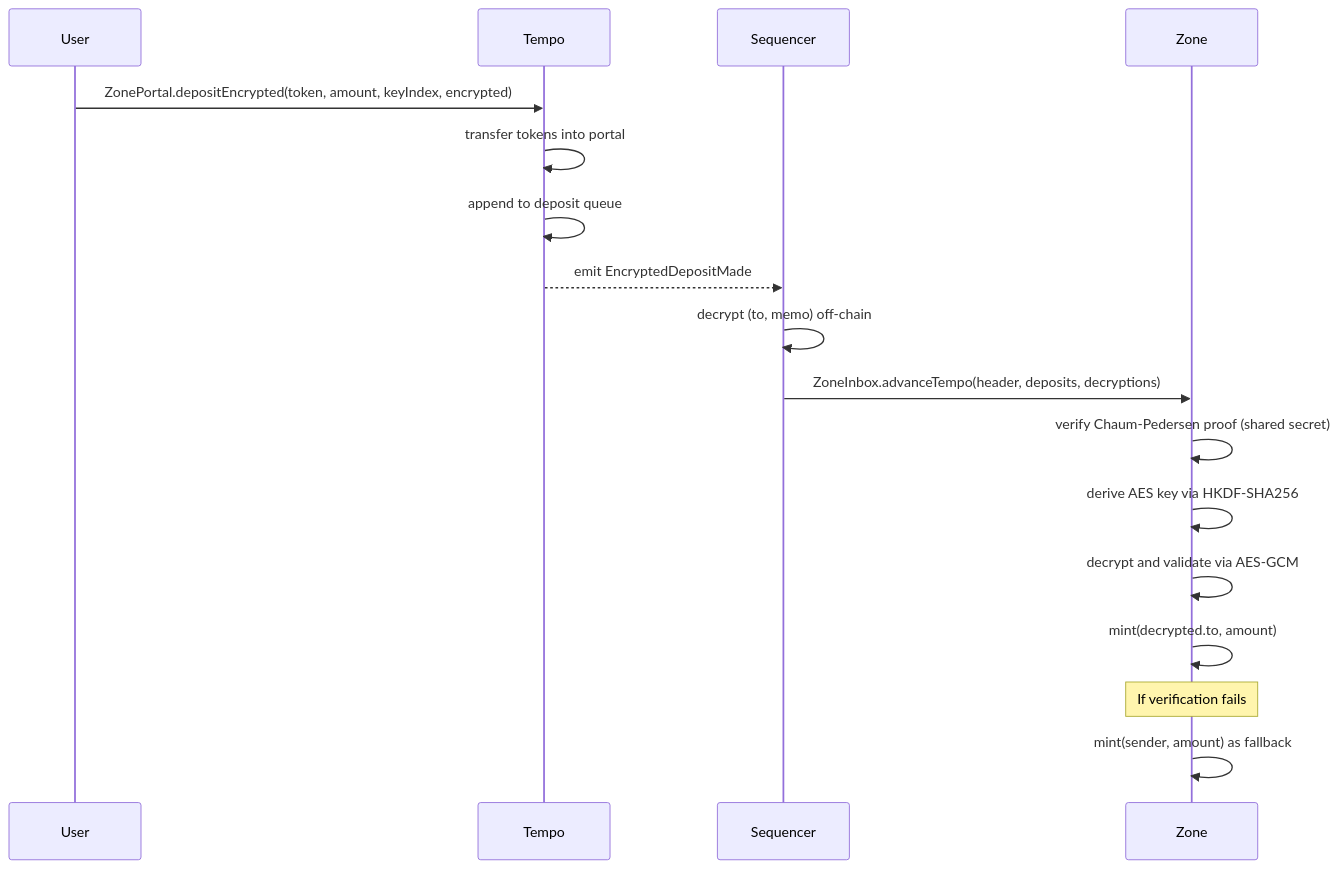
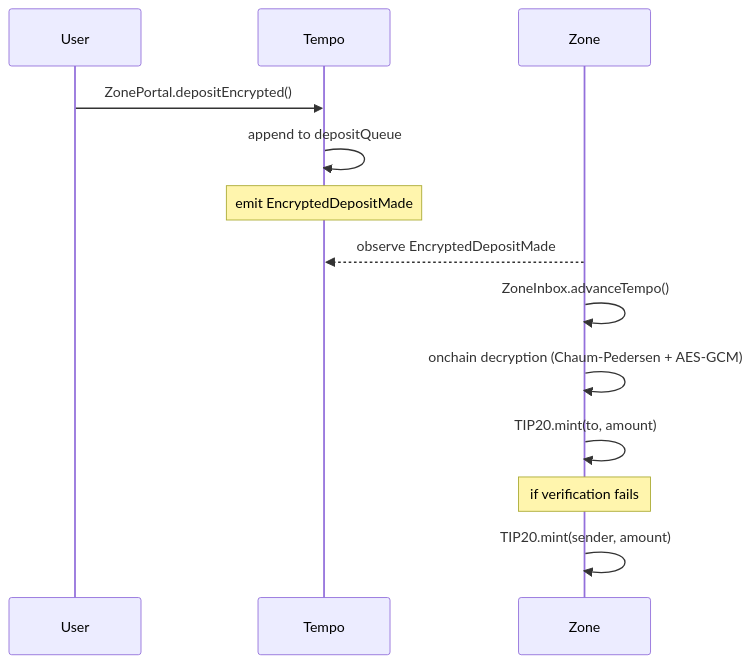
One commit to tempoxyz/zones changed the third of 4 diagrams in docs/specs/zone_spec.md. Above: the diagram before and after it, drawn with Mermaid. The commit also changed other lines of this file, not shown here.

Commit message:
docs: update withdrawal diagram

````diff
--- a/docs/specs/zone_spec.md
+++ b/docs/specs/zone_spec.md
@@ -363,22 +365,16 @@
 ```mermaid
 sequenceDiagram
-    participant User
-    participant Tempo
-    participant Sequencer
-    participant Zone
+    participant U as User
+    participant T as Tempo
+    participant Z as Zone
 
-    User->>Tempo: ZonePortal.depositEncrypted(token, amount, keyIndex, encrypted)
-    Tempo->>Tempo: transfer tokens into portal
-    Tempo->>Tempo: append to deposit queue
-    Tempo-->>Sequencer: emit EncryptedDepositMade
-
-    Sequencer->>Sequencer: decrypt (to, memo) off-chain
-    Sequencer->>Zone: ZoneInbox.advanceTempo(header, deposits, decryptions)
-    Zone->>Zone: verify Chaum-Pedersen proof (shared secret)
-    Zone->>Zone: derive AES key via HKDF-SHA256
-    Zone->>Zone: decrypt and validate via AES-GCM
-    Zone->>Zone: mint(decrypted.to, amount)
-
-    Note over Zone: If verification fails
-    Zone->>Zone: mint(sender, amount) as fallback
+    U->>T: ZonePortal.depositEncrypted()
+    T->>T: append to depositQueue
+    Note over T: emit EncryptedDepositMade
+    Z-->>T: observe EncryptedDepositMade
+    Z->>Z: ZoneInbox.advanceTempo()
+    Z->>Z: onchain decryption (Chaum-Pedersen + AES-GCM)
+    Z->>Z: TIP20.mint(to, amount)
+    Note over Z: if verification fails
+    Z->>Z: TIP20.mint(sender, amount)
 ```
````
